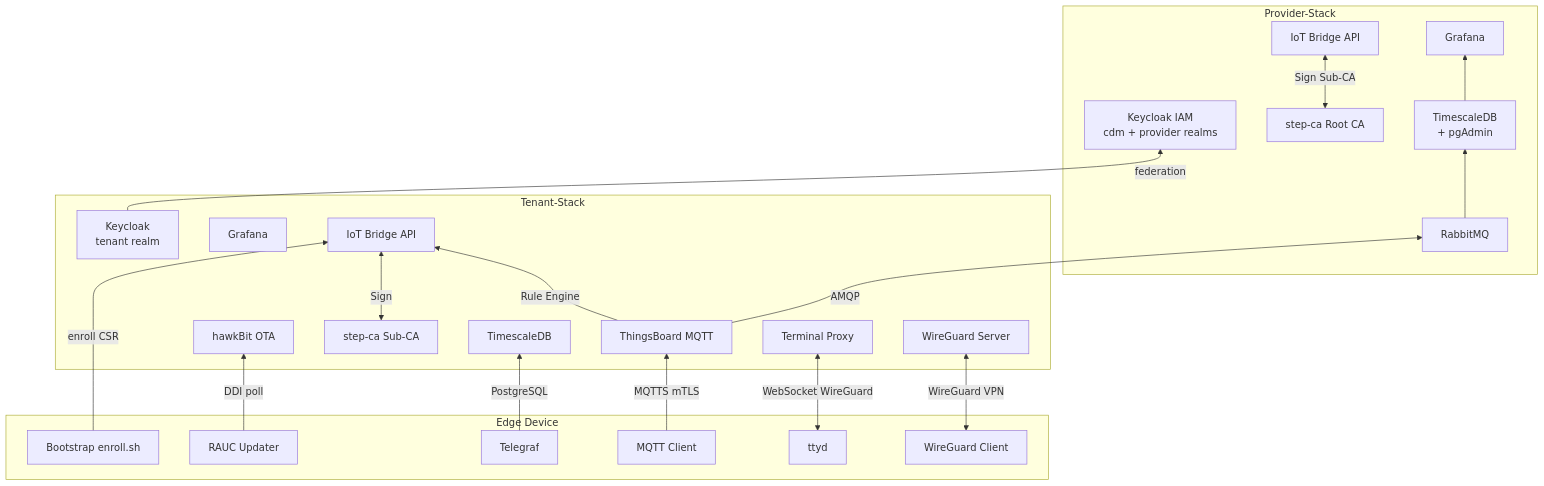
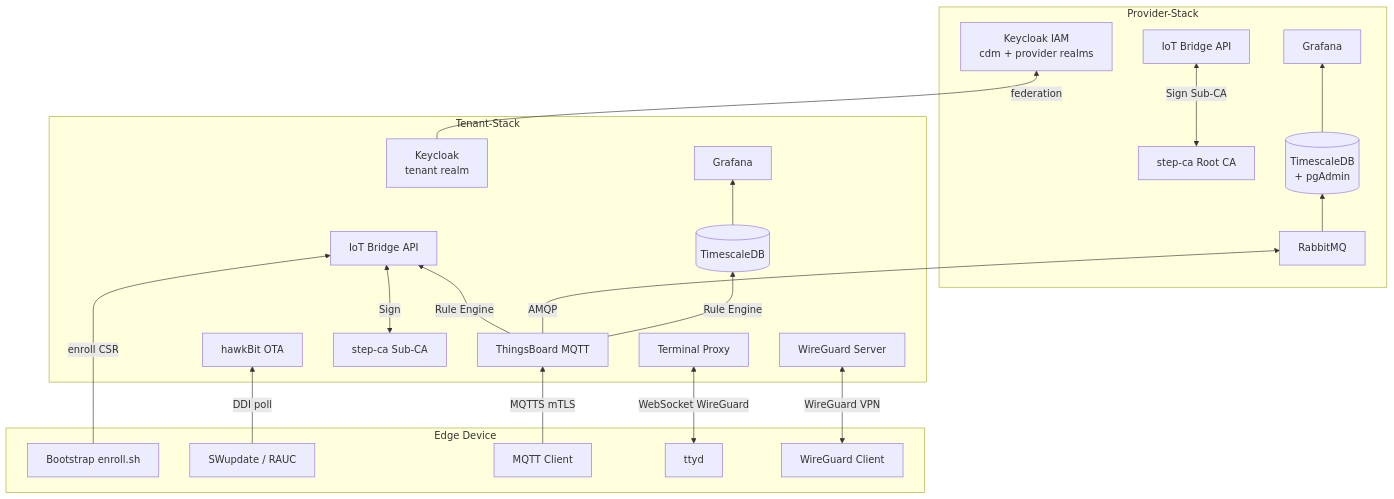
Before and after one commit to the78mole/complete-device-management: the second of 2 diagrams in README.md, drawn with Mermaid. The commit also changed other lines of this file, not shown here.

````diff
--- a/README.md
+++ b/README.md
@@ -71,46 +71,46 @@
 ```mermaid
 flowchart BT
     subgraph provider[Provider-Stack]
         KC[Keycloak IAM<br>cdm + provider realms]
         SCA[step-ca Root CA]
         RMQ[RabbitMQ]
-        TSDB_P[TimescaleDB<br>+ pgAdmin]
+        TSDB_P[(TimescaleDB<br>+ pgAdmin)]
         GRF_P[Grafana]
         IBA_P[IoT Bridge API]
 
         SCA <-->|Sign Sub-CA| IBA_P
         RMQ --> TSDB_P --> GRF_P
     end
 
     subgraph tenant[Tenant-Stack]
         KC_T[Keycloak<br>tenant realm]
         TB[ThingsBoard MQTT]
         HB[hawkBit OTA]
         SCA_T[step-ca Sub-CA]
         WGS[WireGuard Server]
         TXP[Terminal Proxy]
-        TSDB_T[TimescaleDB]
+        TSDB_T[(TimescaleDB)]
         GRF_T[Grafana]
 
         KC_T -->|federation| KC
         TB -->|Rule Engine| IBA_T[IoT Bridge API]
         SCA_T <-->|Sign| IBA_T
         TB -->|AMQP| RMQ
+        TB -->|Rule Engine| TSDB_T
+        TSDB_T --> GRF_T
     end
 
     subgraph edge[Edge Device]
         BST[Bootstrap enroll.sh]
-        UPD[RAUC Updater]
-        TLG[Telegraf]
+        UPD[SWupdate / RAUC]
         MQC[MQTT Client]
         TTD[ttyd]
         WGC[WireGuard Client]
     end
 
     MQC -->|MQTTS mTLS| TB
     UPD -->|DDI poll| HB
-    TLG -->|PostgreSQL| TSDB_T
     TTD <-->|WebSocket WireGuard| TXP
     WGC <-->|WireGuard VPN| WGS
     BST -->|enroll CSR| IBA_T
 ```
````
